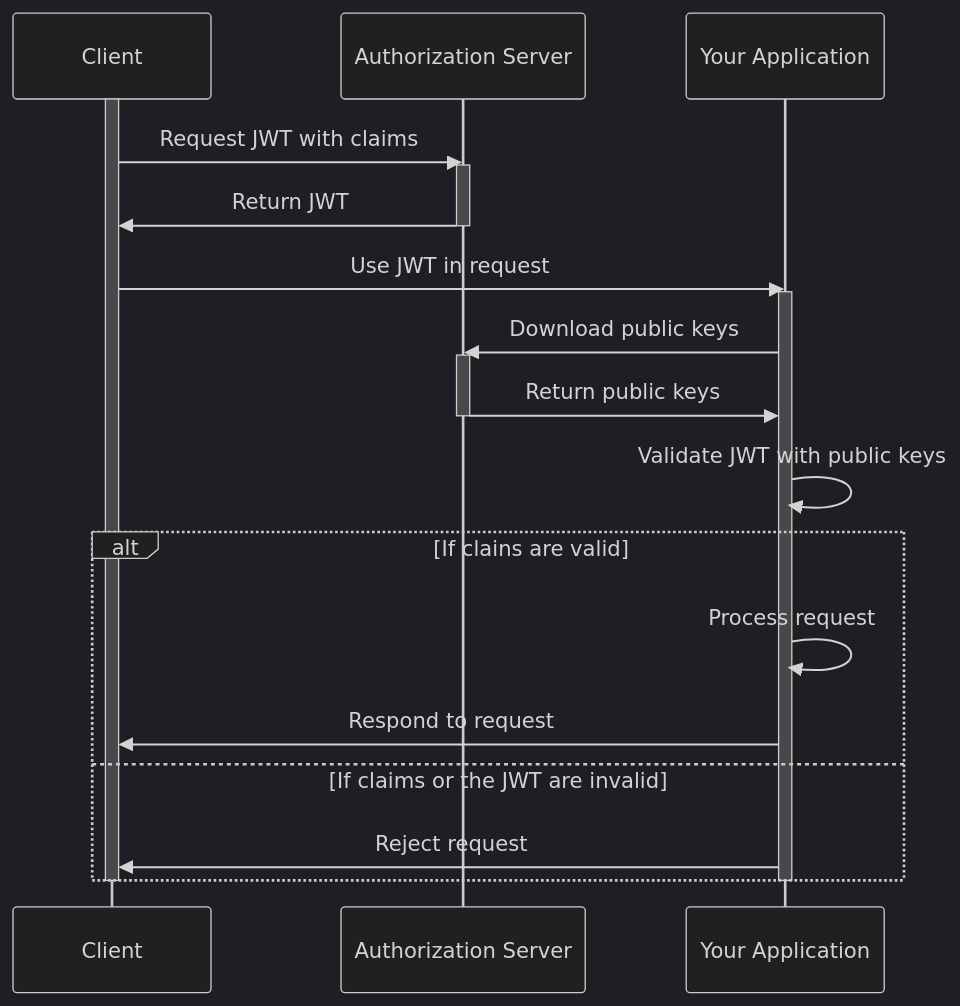
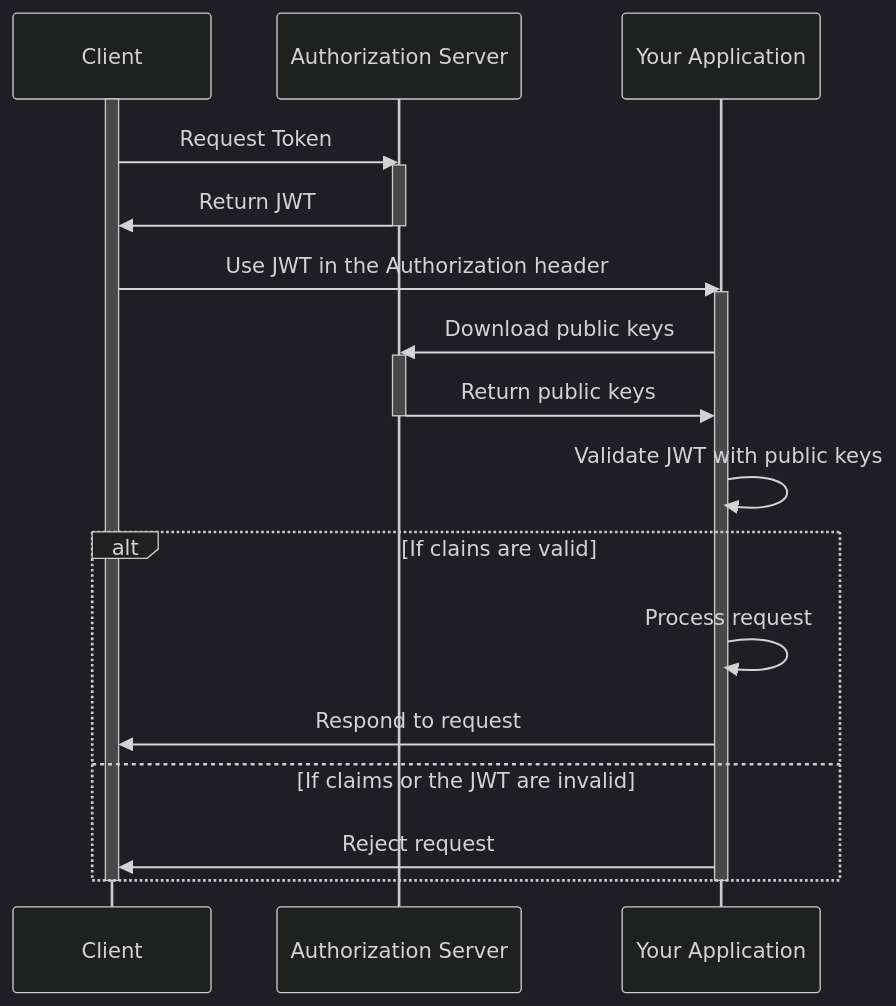
The diagram in README.md (jjmrocha/mock-oauth-server), drawn with Mermaid (dark theme) before and after one commit. The commit also changed other lines of this file, not shown here.

````diff
--- a/README.md
+++ b/README.md
@@ -12,26 +12,26 @@
 ```mermaid
 sequenceDiagram
     participant Client
     participant Authorization Server
     participant Your Application
     activate Client
-    Client->>Authorization Server: Request JWT with claims
+    Client->>Authorization Server: Request Token
     activate Authorization Server
     Authorization Server->>Client: Return JWT
     deactivate Authorization Server
-    Client->>Your Application: Use JWT in request
+    Client->>Your Application: Use JWT in the Authorization header
     activate Your Application
     Your Application->>Authorization Server: Download public keys
     activate Authorization Server
     Authorization Server->>Your Application: Return public keys
     deactivate Authorization Server
     Your Application->>Your Application: Validate JWT with public keys
     alt If clains are valid 
         Your Application->>Your Application: Process request
         Your Application->>Client: Respond to request
     else If claims or the JWT are invalid
         Your Application->>Client: Reject request
     end
     deactivate Your Application
     deactivate Client
 ```
````
